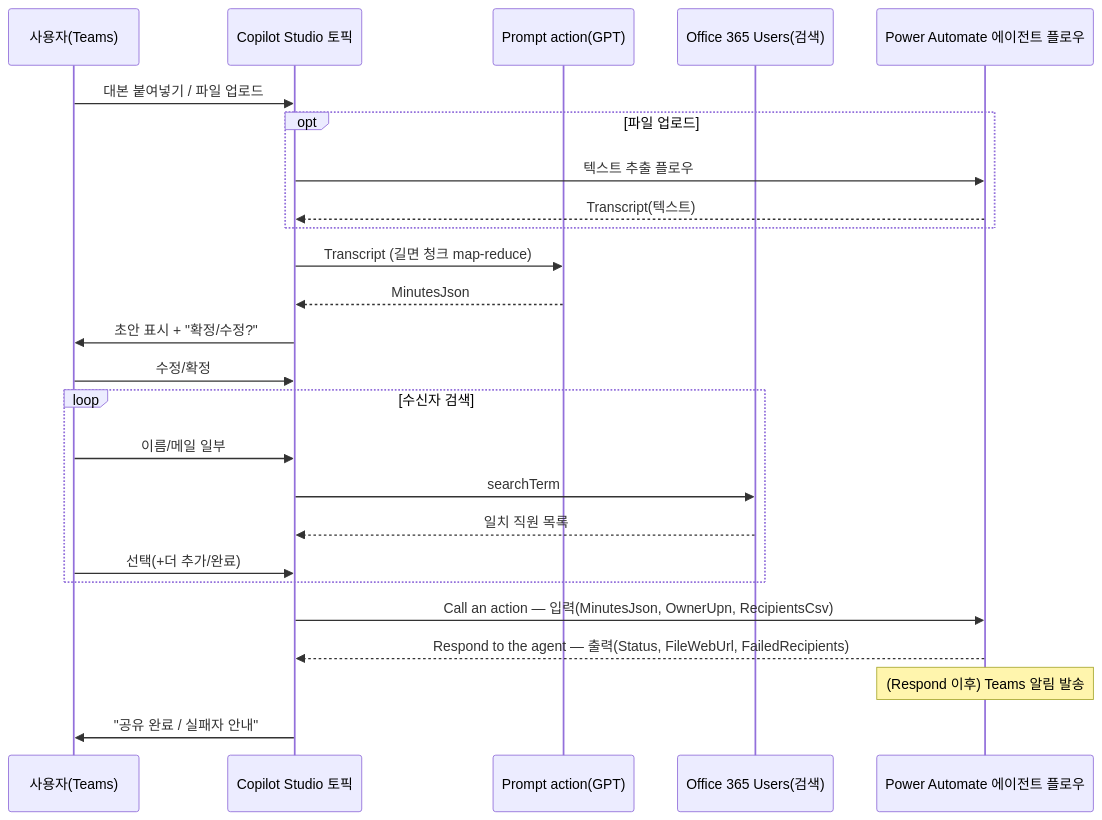
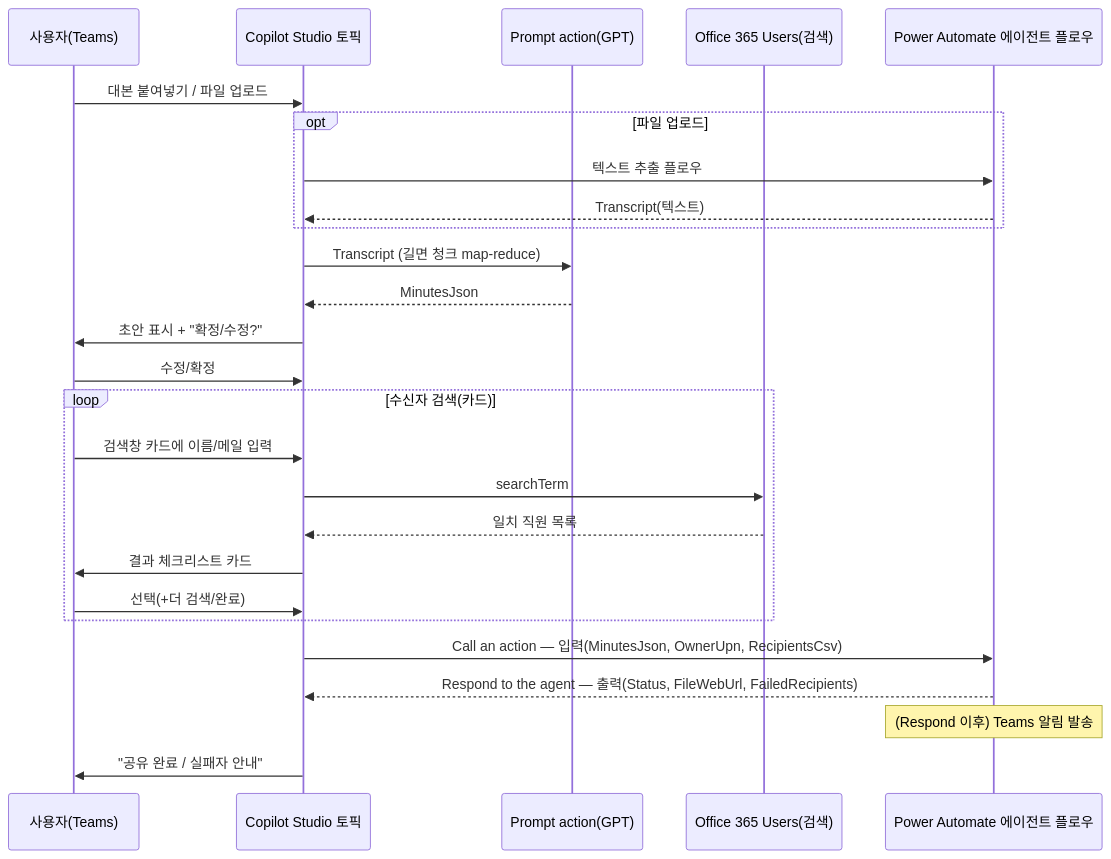
One commit to tlsqhdrbek-debug/ms-design-agents changed the second of 2 diagrams in docs/designs/20260528_회의록자동화에이전트.md. Above: the diagram before and after it, drawn with Mermaid. The commit also changed other lines of this file, not shown here.

Commit message:
design: 수신자 선택을 카드 기반으로 구체화 — 네이티브 People Picker(1.6/Data.Query) Copilot Studio×Teams(1.5) 제약 명시, 검색창+결과 체크리스트 카드 2단 루프

````diff
--- a/docs/designs/20260528_회의록자동화에이전트.md
+++ b/docs/designs/20260528_회의록자동화에이전트.md
@@ -96,27 +97,28 @@
 ```mermaid
 sequenceDiagram
   participant U as 사용자(Teams)
   participant T as Copilot Studio 토픽
   participant P as Prompt action(GPT)
   participant S as Office 365 Users(검색)
   participant F as Power Automate 에이전트 플로우
   U->>T: 대본 붙여넣기 / 파일 업로드
   opt 파일 업로드
     T->>F: 텍스트 추출 플로우
     F-->>T: Transcript(텍스트)
   end
   T->>P: Transcript (길면 청크 map-reduce)
   P-->>T: MinutesJson
   T->>U: 초안 표시 + "확정/수정?"
   U->>T: 수정/확정
-  loop 수신자 검색
-    U->>T: 이름/메일 일부
+  loop 수신자 검색(카드)
+    U->>T: 검색창 카드에 이름/메일 입력
     T->>S: searchTerm
     S-->>T: 일치 직원 목록
-    U->>T: 선택(+더 추가/완료)
+    T->>U: 결과 체크리스트 카드
+    U->>T: 선택(+더 검색/완료)
   end
   T->>F: Call an action — 입력(MinutesJson, OwnerUpn, RecipientsCsv)
   F-->>T: Respond to the agent — 출력(Status, FileWebUrl, FailedRecipients)
   Note over F: (Respond 이후) Teams 알림 발송
   T->>U: "공유 완료 / 실패자 안내"
 ```
````
